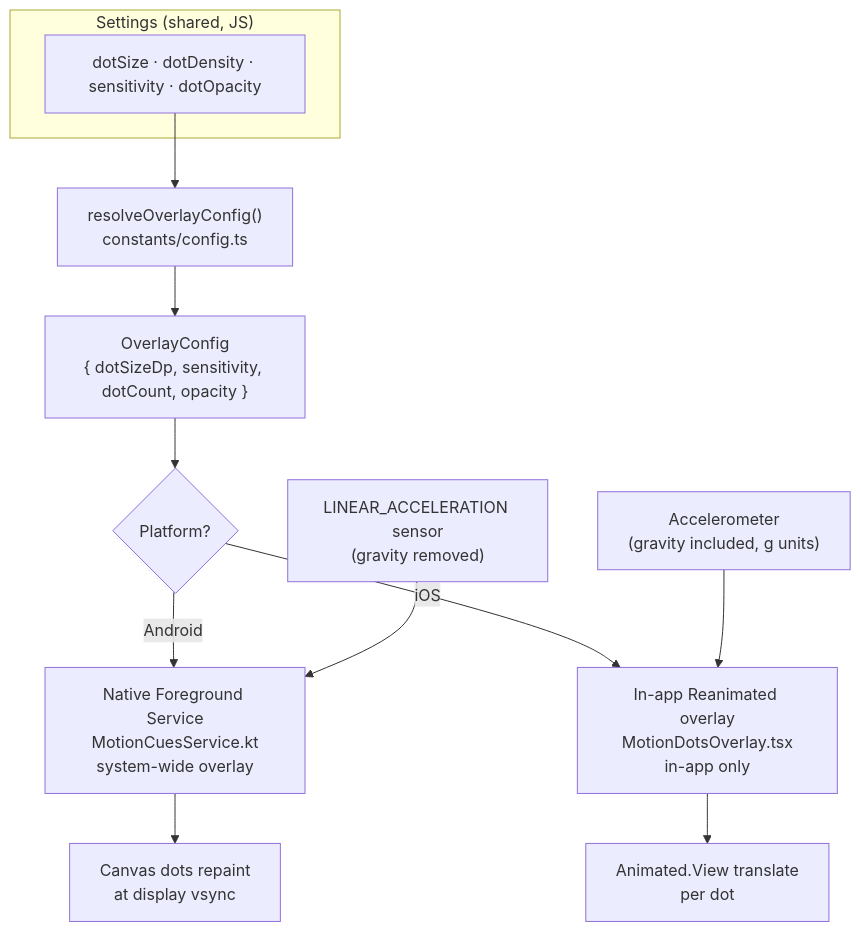
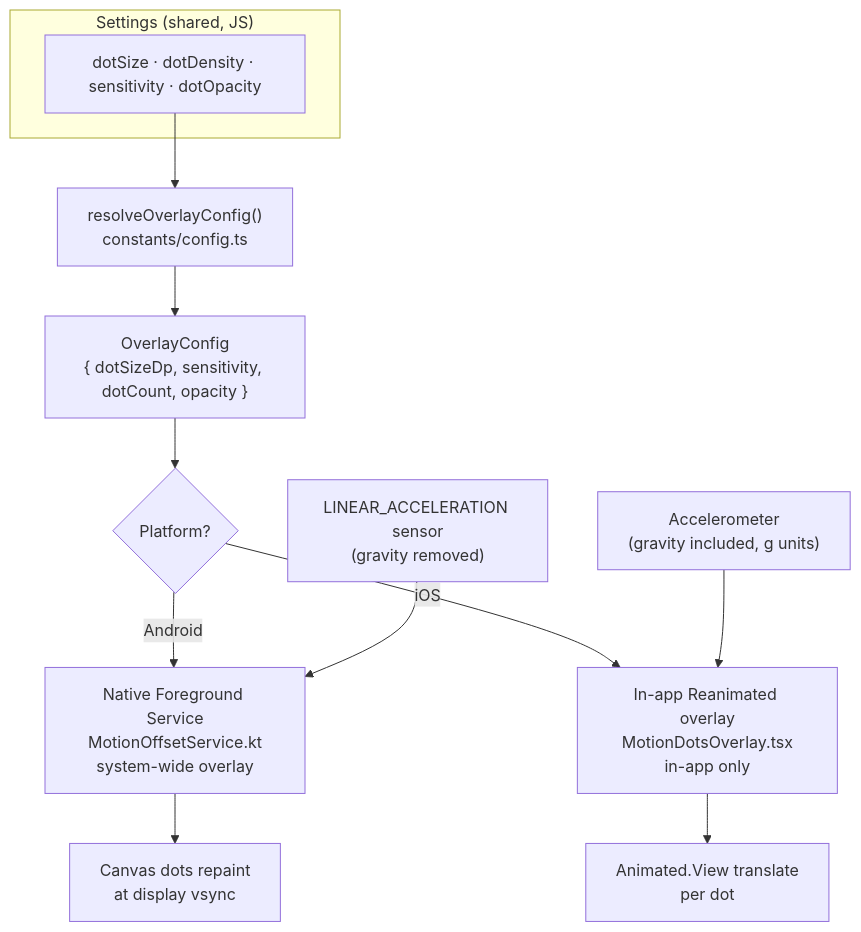
Before and after one commit to quochuy2k3/serene: the first of 5 diagrams in docs/motion-cues-pipeline.md, drawn with Mermaid. The commit also changed other lines of this file and 4 other files, not shown here.

First line of the commit message:
docs(motion-cues): document Apple method and sync service rename

````diff
--- a/docs/motion-cues-pipeline.md
+++ b/docs/motion-cues-pipeline.md
@@ -16,19 +16,19 @@
 ```mermaid
 flowchart TD
     subgraph Settings["Settings (shared, JS)"]
         S[dotSize · dotDensity · sensitivity · dotOpacity]
     end
     S --> R["resolveOverlayConfig()<br/>constants/config.ts"]
     R --> OC["OverlayConfig<br/>{ dotSizeDp, sensitivity, dotCount, opacity }"]
 
     OC --> P{Platform?}
 
-    P -->|Android| AND["Native Foreground Service<br/>MotionCuesService.kt<br/>system-wide overlay"]
+    P -->|Android| AND["Native Foreground Service<br/>MotionOffsetService.kt<br/>system-wide overlay"]
     P -->|iOS| IOS["In-app Reanimated overlay<br/>MotionDotsOverlay.tsx<br/>in-app only"]
 
     SENSA["LINEAR_ACCELERATION sensor<br/>(gravity removed)"] --> AND
     SENSI["Accelerometer<br/>(gravity included, g units)"] --> IOS
 
     AND --> DOTSA["Canvas dots repaint<br/>at display vsync"]
     IOS --> DOTSI["Animated.View translate<br/>per dot"]
 ```
````
